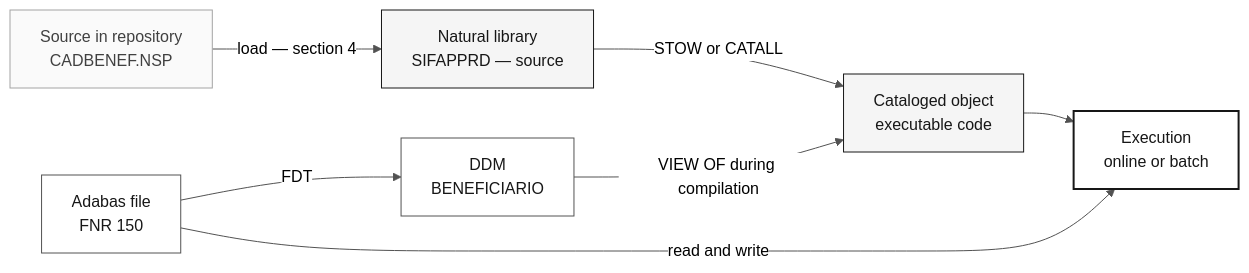
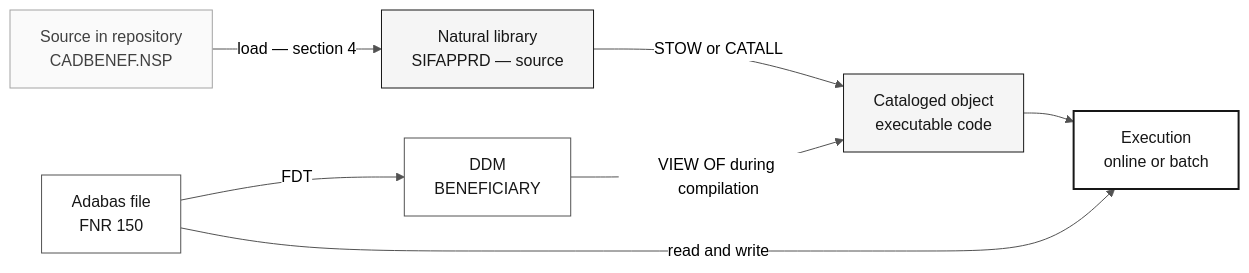
The diagram in 01-archaeology/HOW-TO-COMPILE-AND-RUN.md (paulasilvatech/datacorp-mm-team-kit), drawn with Mermaid before and after one commit. The commit also changed other lines of this file and 99 other files, not shown here.

````diff
--- a/01-archaeology/HOW-TO-COMPILE-AND-RUN.md
+++ b/01-archaeology/HOW-TO-COMPILE-AND-RUN.md
@@ -112,22 +112,22 @@
 ```mermaid
 %%{init: {'theme':'neutral','themeVariables':{'fontFamily':'ui-sans-serif, system-ui, sans-serif','primaryColor':'#F5F5F5','primaryTextColor':'#171717','primaryBorderColor':'#171717','lineColor':'#525252','secondaryColor':'#FFFFFF','tertiaryColor':'#FAFAFA','background':'#FFFFFF'}}}%%
 flowchart LR
     classDef step fill:#F5F5F5,stroke:#171717,color:#171717
     classDef alt fill:#FFFFFF,stroke:#525252,color:#171717
     classDef muted fill:#FAFAFA,stroke:#A3A3A3,color:#404040
     classDef result fill:#FFFFFF,stroke:#171717,color:#171717,stroke-width:2px
 
     SRC["Source in repository<br/>CADBENEF.NSP"]:::muted
     LIB["Natural library<br/>SIFAPPRD — source"]:::step
     OBJ["Cataloged object<br/>executable code"]:::step
     EXEC["Execution<br/>online or batch"]:::result
-    DDM["DDM<br/>BENEFICIARIO"]:::alt
+    DDM["DDM<br/>BENEFICIARY"]:::alt
     FILE["Adabas file<br/>FNR 150"]:::alt
 
     SRC -->|"load — section 4"| LIB
     LIB -->|"STOW or CATALL"| OBJ
     OBJ --> EXEC
     FILE -->|"FDT"| DDM
     DDM -->|"VIEW OF during compilation"| OBJ
     FILE -->|"read and write"| EXEC
 ```
````
